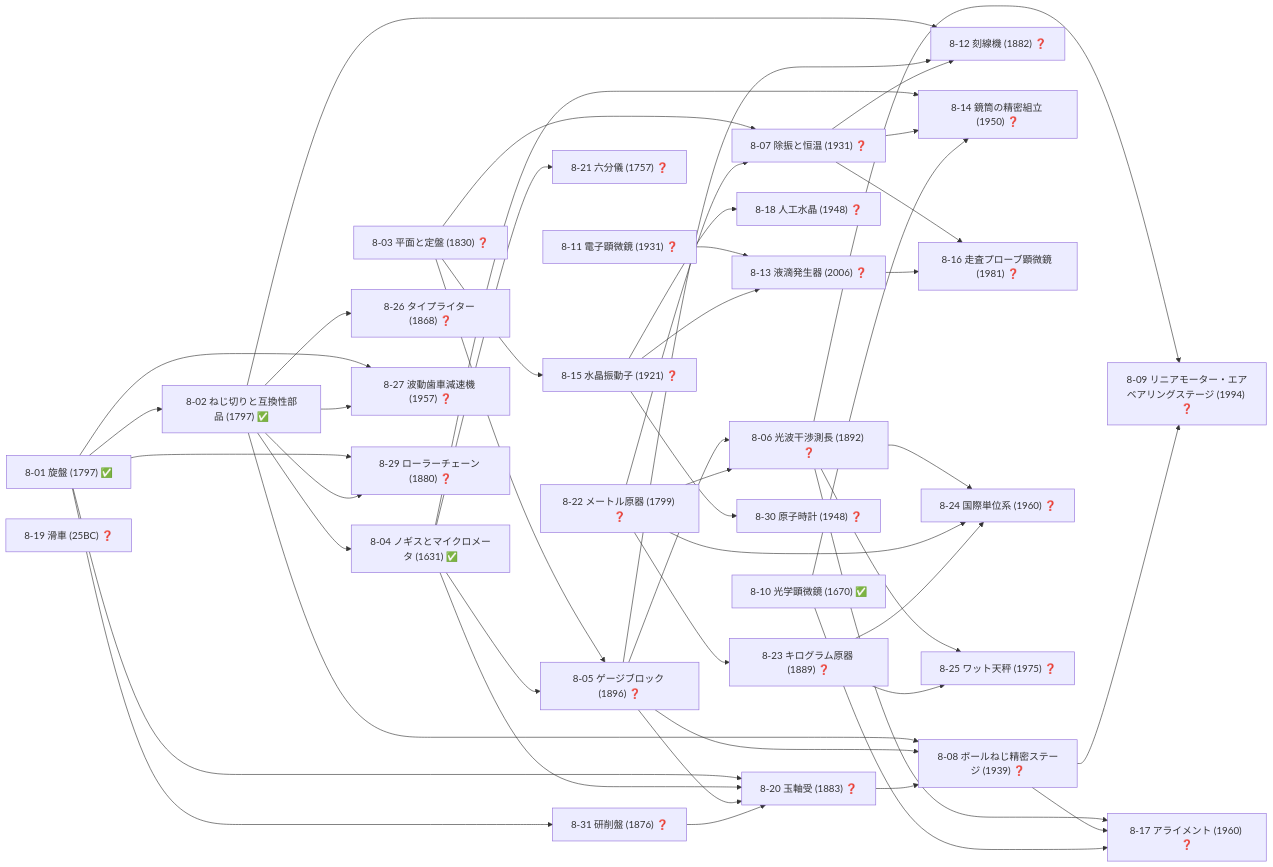
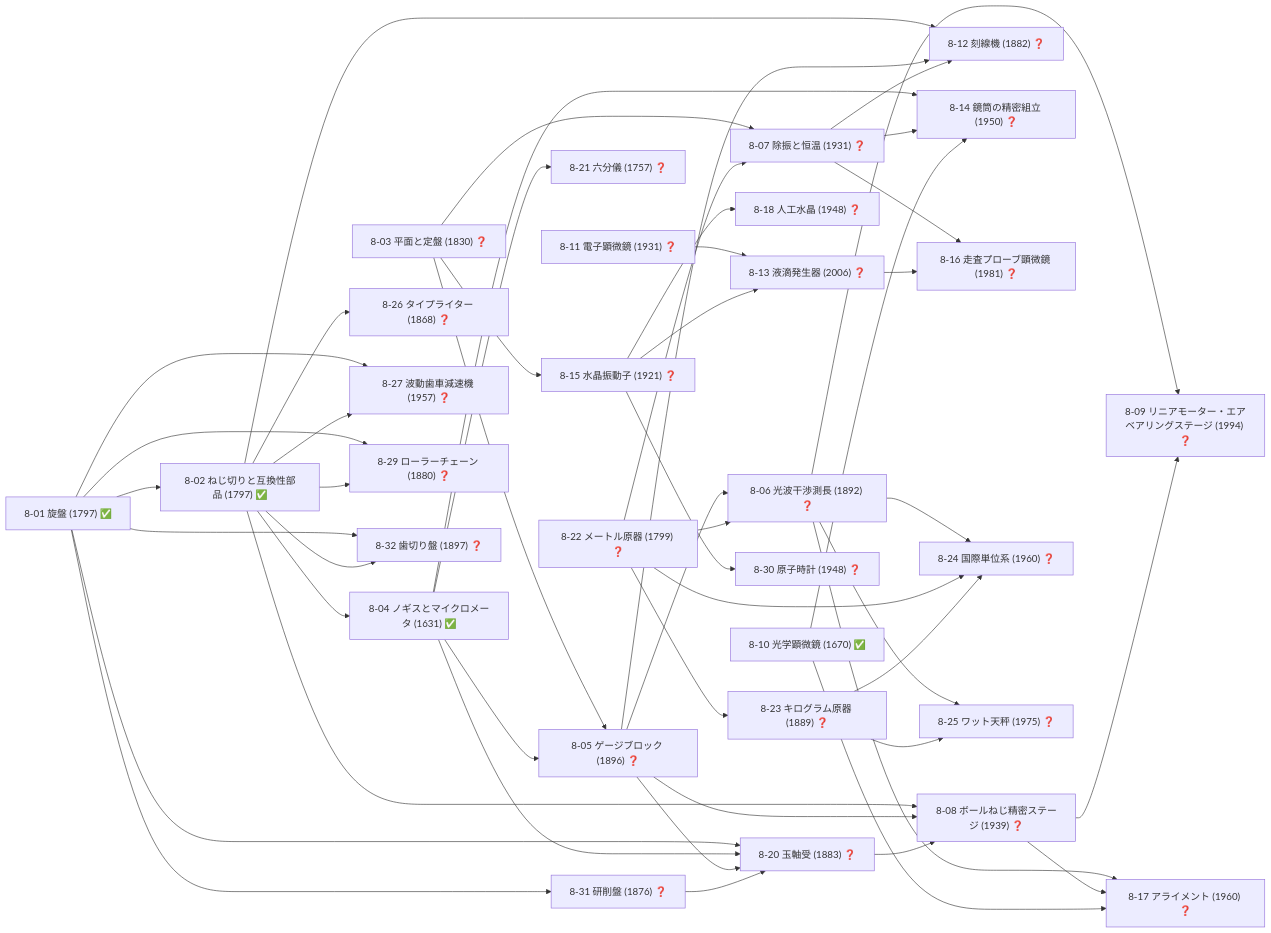
One commit to taku3i0317-collab/semiconductor-lab changed diagram 11 of 19 in docs/TECH_TREE_VIEW.md. Above: the diagram before and after it, drawn with Mermaid. The commit also changed other lines of this file and 8 other files, not shown here.

````diff
--- a/docs/TECH_TREE_VIEW.md
+++ b/docs/TECH_TREE_VIEW.md
@@ -567,79 +567,81 @@
 ```mermaid
 graph LR
   n8_01["8-01 旋盤 (1797) ✅"]
   n8_02["8-02 ねじ切りと互換性部品 (1797) ✅"]
   n8_03["8-03 平面と定盤 (1830) ❓"]
   n8_04["8-04 ノギスとマイクロメータ (1631) ✅"]
   n8_05["8-05 ゲージブロック (1896) ❓"]
   n8_06["8-06 光波干渉測長 (1892) ❓"]
   n8_07["8-07 除振と恒温 (1931) ❓"]
   n8_08["8-08 ボールねじ精密ステージ (1939) ❓"]
   n8_09["8-09 リニアモーター・エアベアリングステージ (1994) ❓"]
   n8_10["8-10 光学顕微鏡 (1670) ✅"]
   n8_11["8-11 電子顕微鏡 (1931) ❓"]
   n8_12["8-12 刻線機 (1882) ❓"]
   n8_13["8-13 液滴発生器 (2006) ❓"]
   n8_14["8-14 鏡筒の精密組立 (1950) ❓"]
   n8_15["8-15 水晶振動子 (1921) ❓"]
   n8_16["8-16 走査プローブ顕微鏡 (1981) ❓"]
   n8_17["8-17 アライメント (1960) ❓"]
   n8_18["8-18 人工水晶 (1948) ❓"]
-  n8_19["8-19 滑車 (25BC) ❓"]
   n8_20["8-20 玉軸受 (1883) ❓"]
   n8_21["8-21 六分儀 (1757) ❓"]
   n8_22["8-22 メートル原器 (1799) ❓"]
   n8_23["8-23 キログラム原器 (1889) ❓"]
   n8_24["8-24 国際単位系 (1960) ❓"]
   n8_25["8-25 ワット天秤 (1975) ❓"]
   n8_26["8-26 タイプライター (1868) ❓"]
   n8_27["8-27 波動歯車減速機 (1957) ❓"]
   n8_29["8-29 ローラーチェーン (1880) ❓"]
   n8_30["8-30 原子時計 (1948) ❓"]
   n8_31["8-31 研削盤 (1876) ❓"]
+  n8_32["8-32 歯切り盤 (1897) ❓"]
   n8_01-->n8_02
   n8_02-->n8_04
   n8_03-->n8_05
   n8_04-->n8_05
   n8_05-->n8_06
   n8_22-->n8_06
   n8_03-->n8_07
   n8_22-->n8_07
   n8_02-->n8_08
   n8_05-->n8_08
   n8_20-->n8_08
   n8_06-->n8_09
   n8_08-->n8_09
   n8_02-->n8_12
   n8_05-->n8_12
   n8_07-->n8_12
   n8_11-->n8_13
   n8_15-->n8_13
   n8_04-->n8_14
   n8_07-->n8_14
   n8_10-->n8_14
   n8_03-->n8_15
   n8_07-->n8_16
   n8_13-->n8_16
   n8_06-->n8_17
   n8_08-->n8_17
   n8_10-->n8_17
   n8_15-->n8_18
   n8_01-->n8_20
   n8_04-->n8_20
   n8_05-->n8_20
   n8_31-->n8_20
   n8_04-->n8_21
   n8_22-->n8_23
   n8_06-->n8_24
   n8_22-->n8_24
   n8_23-->n8_24
   n8_06-->n8_25
   n8_23-->n8_25
   n8_02-->n8_26
   n8_01-->n8_27
   n8_02-->n8_27
   n8_01-->n8_29
   n8_02-->n8_29
   n8_15-->n8_30
   n8_01-->n8_31
+  n8_01-->n8_32
+  n8_02-->n8_32
 ```
````
